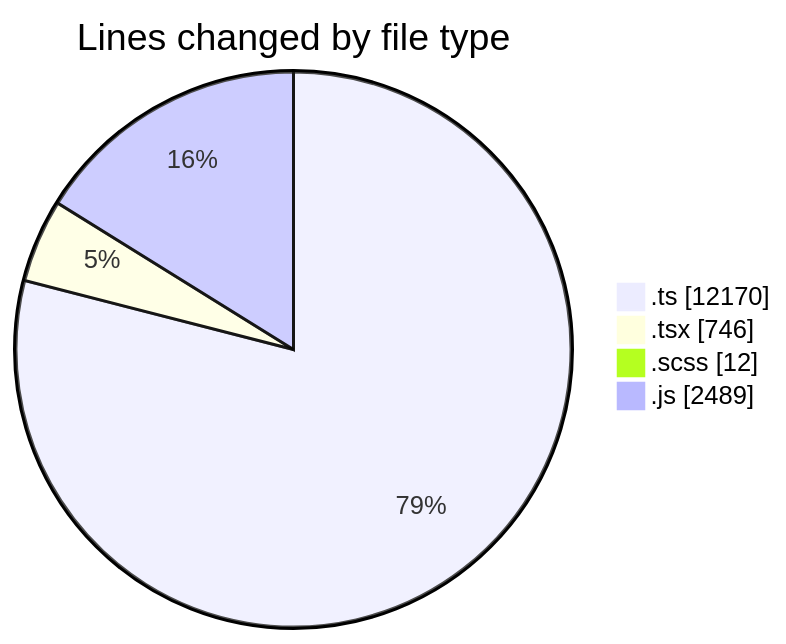
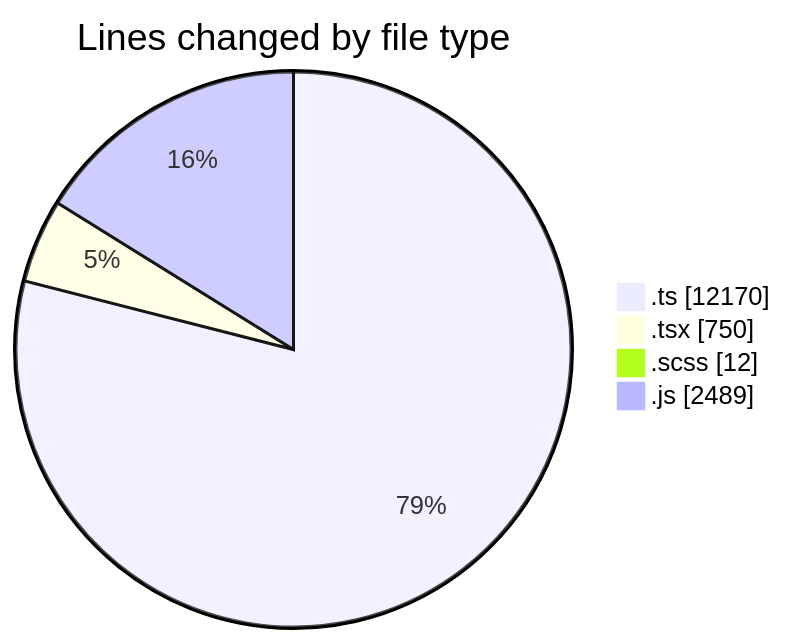
Before and after one commit to momahboobian/code-tracking: the first of 2 diagrams in 2026-03-17/cda/README.md, drawn with Mermaid. The commit also changed other lines of this file and 1 other file, not shown here.

````diff
--- a/2026-03-17/cda/README.md
+++ b/2026-03-17/cda/README.md
@@ -39,8 +39,8 @@
 ```mermaid
 pie showData
 title Lines changed by file type
 ".ts" : 12170
-".tsx" : 746
+".tsx" : 750
 ".scss" : 12
 ".js" : 2489
 ```
````
